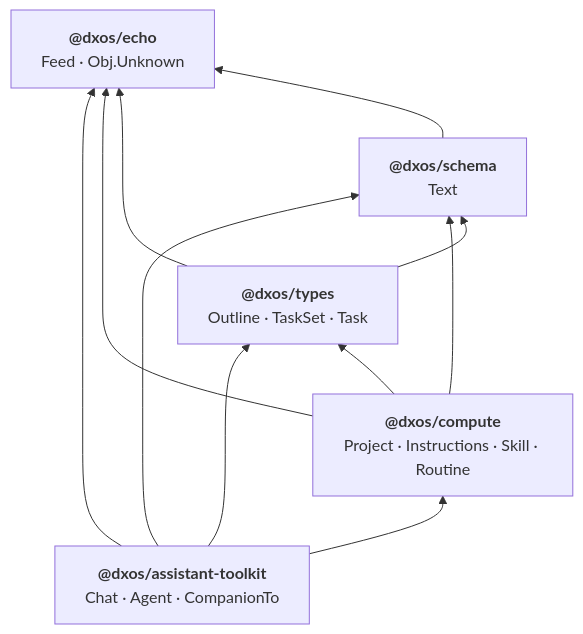
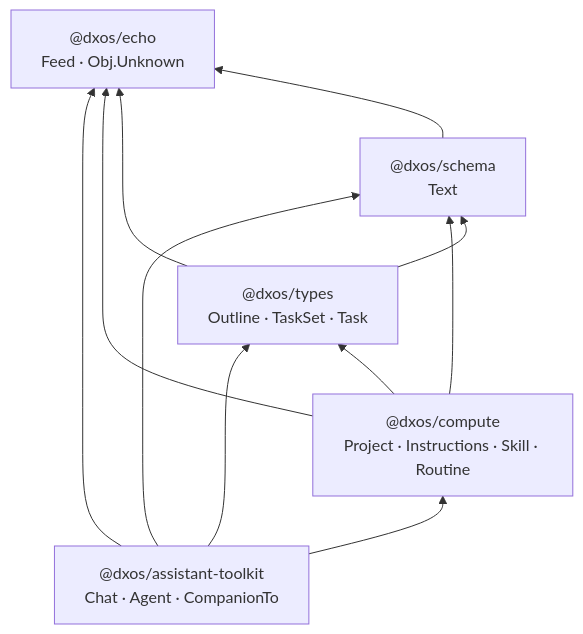
Before and after one commit to dxos/dxos: the diagram in packages/core/compute/compute/src/types/AUDIT.md, drawn with Mermaid. The commit also changed 1 other file, not shown here.

Commit message:
assistant: audit repo-wide operation tool names (meta.name-derived)

````diff
--- a/packages/core/compute/compute/src/types/AUDIT.md
+++ b/packages/core/compute/compute/src/types/AUDIT.md
@@ -33,13 +33,19 @@
 ```mermaid
 graph BT
-  AT["<b>@dxos/assistant-toolkit</b><br/>Chat · Agent · CompanionTo"] --> C["<b>@dxos/compute</b><br/>Project · Instructions · Skill · Routine"]
-  AT --> T["<b>@dxos/types</b><br/>Outline · TaskSet · Task"]
-  AT --> S["<b>@dxos/schema</b><br/>Text"]
-  AT --> E["<b>@dxos/echo</b><br/>Feed · Obj.Unknown"]
+  AT["@dxos/assistant-toolkit<br/>Chat · Agent · CompanionTo"]
+  C["@dxos/compute<br/>Project · Instructions · Skill · Routine"]
+  T["@dxos/types<br/>Outline · TaskSet · Task"]
+  S["@dxos/schema<br/>Text"]
+  E["@dxos/echo<br/>Feed · Obj.Unknown"]
+
+  AT --> C
+  AT --> T
+  AT --> S
+  AT --> E
   C --> T
   C --> S
   C --> E
   T --> S
   T --> E
   S --> E
 ```
````
